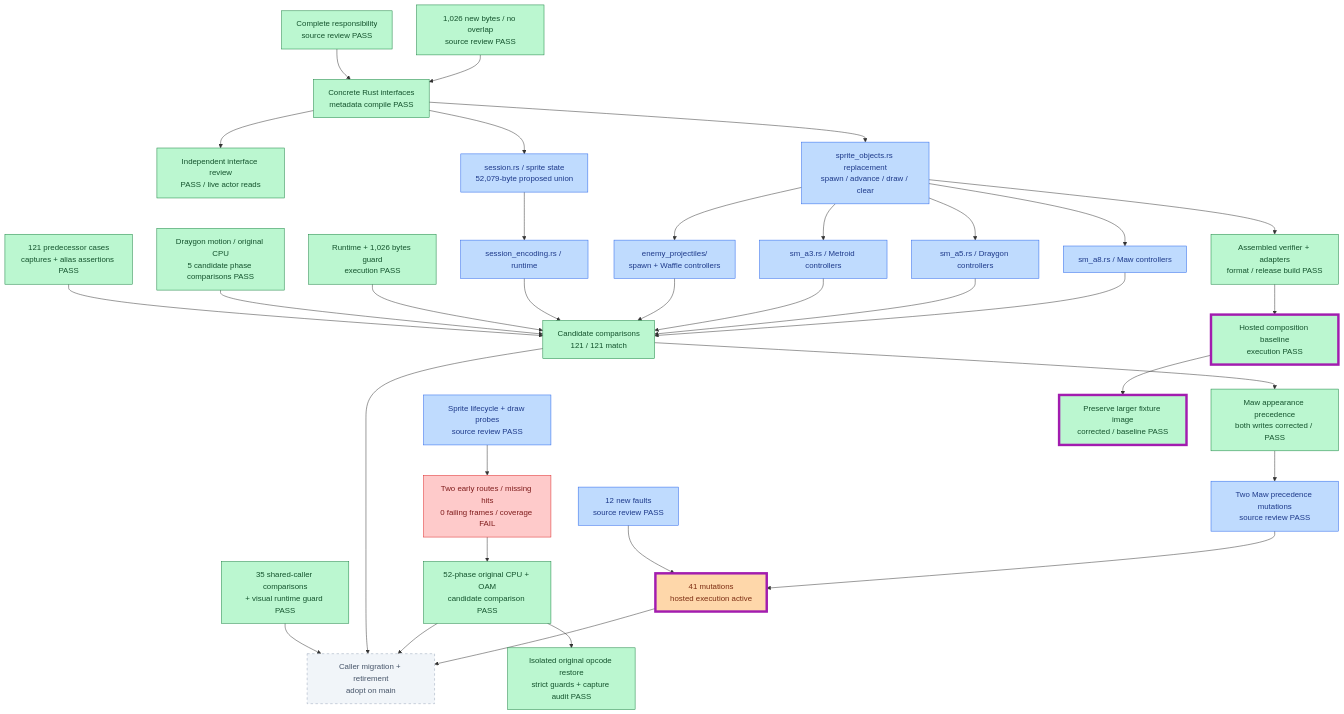
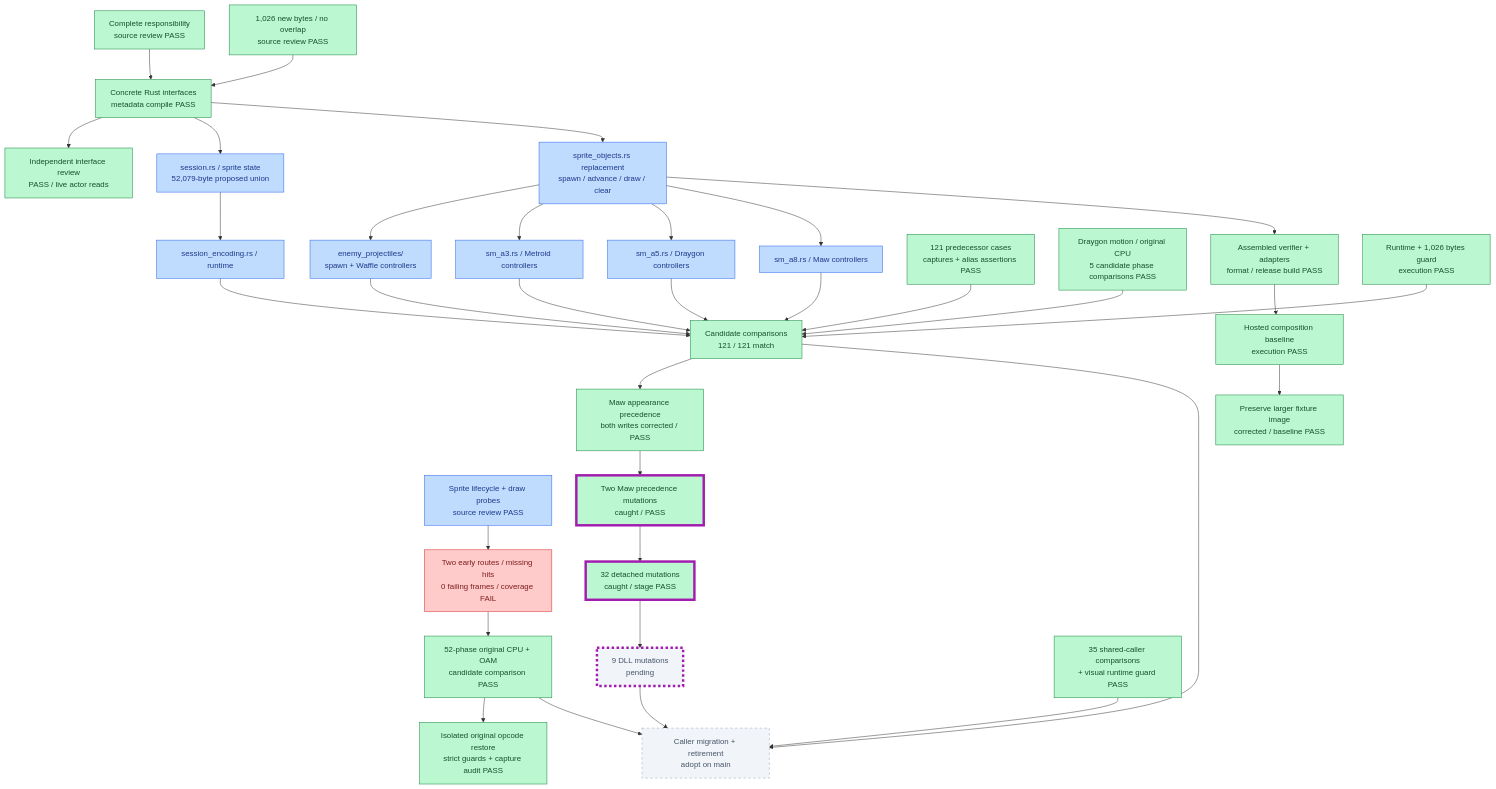
Before and after one commit to JimLundin/sm-decomp: the second of 17 diagrams in PROGRESS.md, drawn with Mermaid. The commit also changed other lines of this file and 1 other file, not shown here.

First line of the commit message:
Show all fourteen caught sprite faults and passing detached mutations [skip ci]

````diff
--- a/PROGRESS.md
+++ b/PROGRESS.md
@@ -26,43 +26,43 @@
 ```mermaid
 flowchart TB
     CONTRACT["Complete responsibility<br/>source review PASS"]:::done
     UNION["1,026 new bytes / no overlap<br/>source review PASS"]:::done
     CONTRACT --> DECL["Concrete Rust interfaces<br/>metadata compile PASS"]:::done
     UNION --> DECL
     DECL --> REVIEW["Independent interface review<br/>PASS / live actor reads"]:::done
     DECL --> OWNER["session.rs / sprite state<br/>52,079-byte proposed union"]:::checked
     OWNER --> CODEC["session_encoding.rs / runtime"]:::checked
     DECL --> POOL["sprite_objects.rs replacement<br/>spawn / advance / draw / clear"]:::checked
     POOL --> WAFFLE["enemy_projectiles/<br/>spawn + Waffle controllers"]:::checked
     POOL --> METROID["sm_a3.rs / Metroid controllers"]:::checked
     POOL --> DRAYGON["sm_a5.rs / Draygon controllers"]:::checked
     POOL --> MAW["sm_a8.rs / Maw controllers"]:::checked
     BASE["121 predecessor cases<br/>captures + alias assertions PASS"]:::done --> VERIFY["Candidate comparisons<br/>121 / 121 match"]:::done
     VERIFY --> MAWFIX["Maw appearance precedence<br/>both writes corrected / PASS"]:::done
     CPU["Draygon motion / original CPU<br/>5 candidate phase comparisons PASS"]:::done --> VERIFY
     PROBE["Sprite lifecycle + draw probes<br/>source review PASS"]:::checked --> EARLY["Two early routes / missing hits<br/>0 failing frames / coverage FAIL"]:::failed
     EARLY --> MOVIE["52-phase original CPU + OAM<br/>candidate comparison PASS"]:::done
     MOVIE --> HOOKFIX["Isolated original opcode restore<br/>strict guards + capture audit PASS"]:::done
     POOL --> BUILD["Assembled verifier + adapters<br/>format / release build PASS"]:::done
     BUILD --> HOST["Hosted composition baseline<br/>execution PASS"]:::done
     HOST --> HOSTFIX["Preserve larger fixture image<br/>corrected / baseline PASS"]:::done
     GUARD["Runtime + 1,026 bytes guard<br/>execution PASS"]:::done --> VERIFY
-    MUT["12 new faults<br/>source review PASS"]:::checked --> KILLS["41 mutations<br/>hosted execution active"]:::active
-    MAWFIX --> MAWMUT["Two Maw precedence mutations<br/>source review PASS"]:::checked --> KILLS
+    MUT["32 detached mutations<br/>caught / stage PASS"]:::done --> KILLS["9 DLL mutations<br/>pending"]:::pending
+    MAWFIX --> MAWMUT["Two Maw precedence mutations<br/>caught / PASS"]:::done --> MUT
     SHARED["35 shared-caller comparisons<br/>+ visual runtime guard PASS"]:::done --> ADOPT
     CODEC --> VERIFY
     WAFFLE --> VERIFY
     METROID --> VERIFY
     DRAYGON --> VERIFY
     MAW --> VERIFY
     VERIFY --> ADOPT["Caller migration + retirement<br/>adopt on main"]:::pending
     MOVIE --> ADOPT
     KILLS --> ADOPT
-    class HOST,HOSTFIX,KILLS changed
+    class MUT,MAWMUT,KILLS changed
     classDef checked fill:#bfdbfe,stroke:#2563eb,color:#1e3a8a
     classDef failed fill:#fecaca,stroke:#dc2626,color:#7f1d1d
     classDef done fill:#bbf7d0,stroke:#15803d,color:#14532d
     classDef active fill:#fed7aa,stroke:#ea580c,color:#7c2d12
     classDef pending fill:#f1f5f9,stroke:#94a3b8,color:#475569,stroke-dasharray:5 5
     classDef changed stroke:#a21caf,stroke-width:5px
 ```
````
